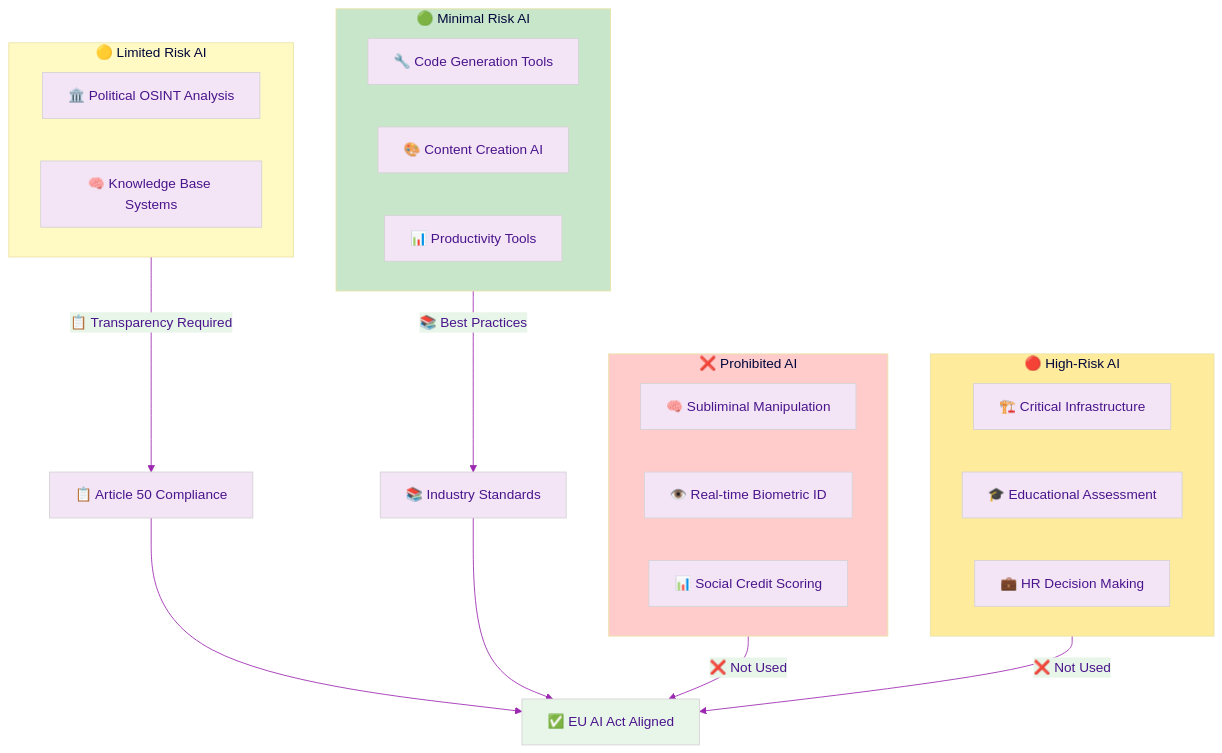
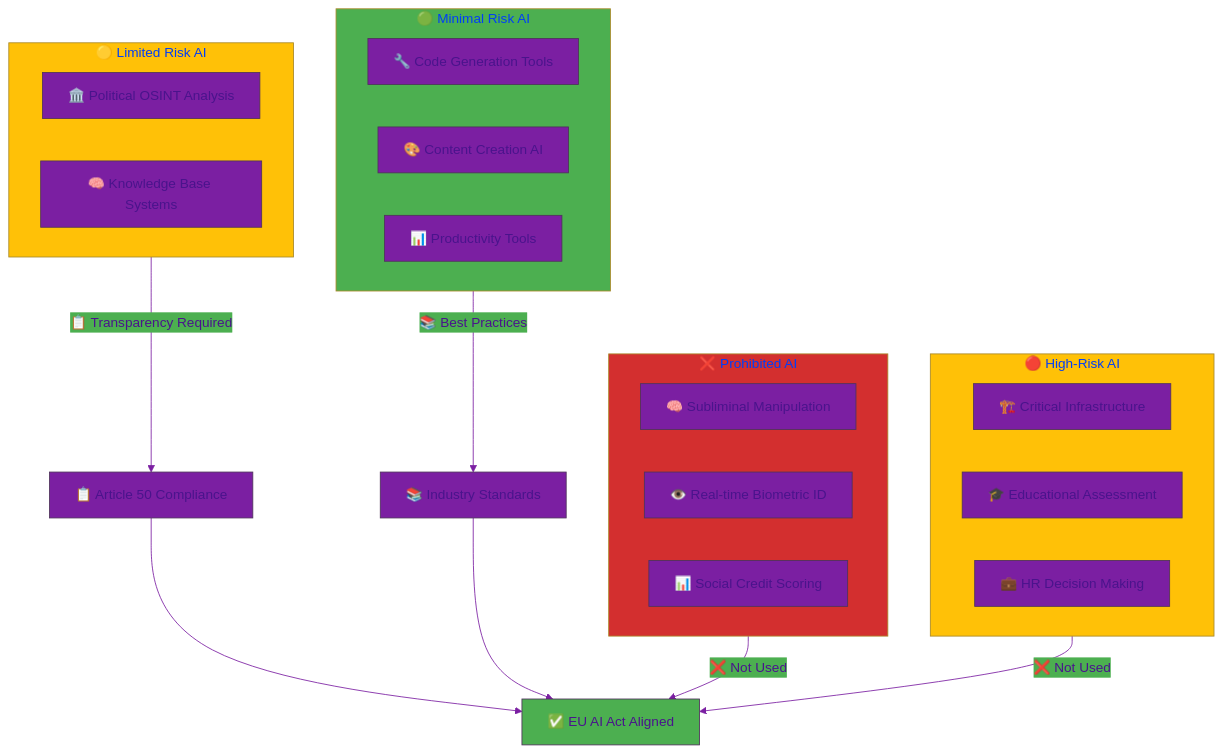
Before and after one commit to Hack23/ISMS-PUBLIC: the second of 7 diagrams in AI_Policy.md, drawn with Mermaid. The commit also changed other lines of this file, not shown here.

````diff
--- a/AI_Policy.md
+++ b/AI_Policy.md
@@ -140,51 +140,51 @@
 ```mermaid
 %%{
   init: {
     'theme': 'base',
     'themeVariables': {
-      'primaryColor': '#f3e5f5',
+      'primaryColor': '#7B1FA2',
       'primaryTextColor': '#4a148c',
-      'lineColor': '#9c27b0',
-      'secondaryColor': '#e8f5e9',
-      'tertiaryColor': '#fff9c4'
+      'lineColor': '#7B1FA2',
+      'secondaryColor': '#4CAF50',
+      'tertiaryColor': '#FFC107'
     }
   }
 }%%
 flowchart TD
     subgraph PROHIBITED["❌ Prohibited AI"]
         MANIPULATION["🧠 Subliminal Manipulation"]
         REALTIME_ID["👁️ Real-time Biometric ID"]
         SOCIAL_SCORING["📊 Social Credit Scoring"]
     end
     
     subgraph HIGH_RISK["🔴 High-Risk AI"]
         CRITICAL_INFRA["🏗️ Critical Infrastructure"]
         EDUCATION["🎓 Educational Assessment"]
         EMPLOYMENT["💼 HR Decision Making"]
     end
     
     subgraph LIMITED_RISK["🟡 Limited Risk AI"]
         POLITICAL["🏛️ Political OSINT Analysis"]
         BEDROCK["🧠 Knowledge Base Systems"]
     end
     
     subgraph MINIMAL_RISK["🟢 Minimal Risk AI"]
         COPILOT["🔧 Code Generation Tools"]
         CREATIVE["🎨 Content Creation AI"]
         PRODUCTIVITY["📊 Productivity Tools"]
     end
     
     PROHIBITED --> |"❌ Not Used"| ALIGNED["✅ EU AI Act Aligned"]
     HIGH_RISK --> |"❌ Not Used"| ALIGNED
     LIMITED_RISK --> |"📋 Transparency Required"| TRANSPARENCY["📋 Article 50 Compliance"]
     MINIMAL_RISK --> |"📚 Best Practices"| BEST_PRACTICES["📚 Industry Standards"]
     
     TRANSPARENCY --> ALIGNED
     BEST_PRACTICES --> ALIGNED
     
-    style PROHIBITED fill:#ffcccb
-    style HIGH_RISK fill:#ffeb9c
-    style LIMITED_RISK fill:#fff9c4
-    style MINIMAL_RISK fill:#c8e6c9
-    style ALIGNED fill:#e8f5e9
+    style PROHIBITED fill:#D32F2F
+    style HIGH_RISK fill:#FFC107
+    style LIMITED_RISK fill:#FFC107
+    style MINIMAL_RISK fill:#4CAF50
+    style ALIGNED fill:#4CAF50
 ```
````
